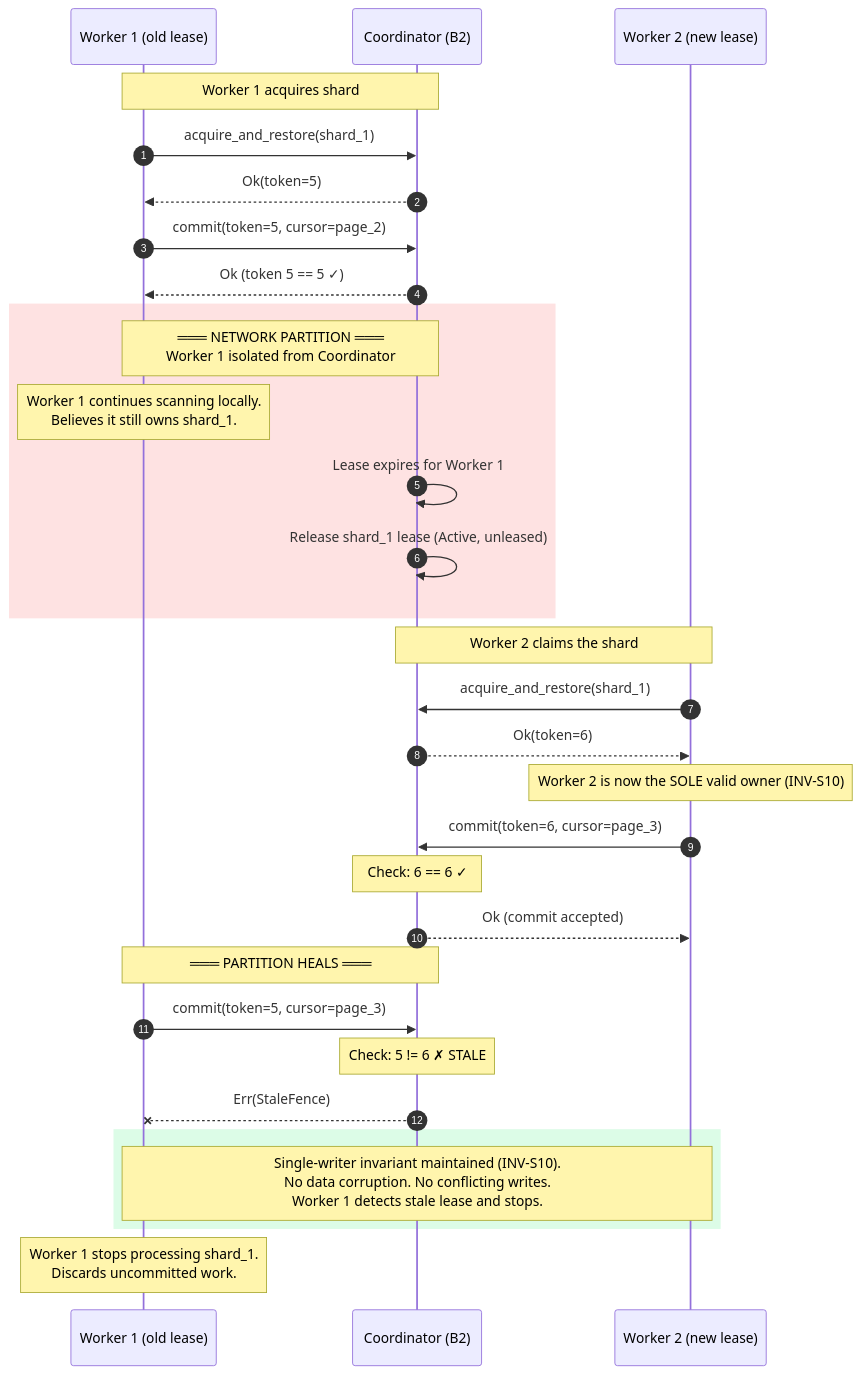
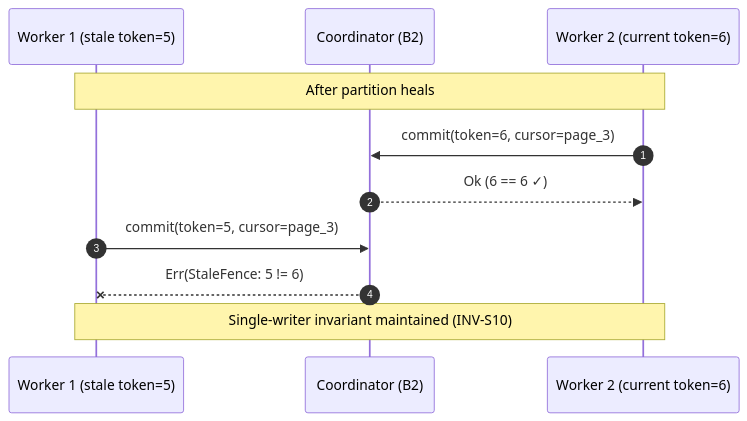
The fifth of 6 diagrams in diagrams/10-failure-modes-and-recovery.md (ahrav/Gossip-rs), drawn with Mermaid before and after one commit. The commit also changed other lines of this file and 11 other files, not shown here.

````diff
--- a/diagrams/10-failure-modes-and-recovery.md
+++ b/diagrams/10-failure-modes-and-recovery.md
@@ -371,46 +371,17 @@
 ```mermaid
 %% Diagram: split-brain-prevention-fencing
 sequenceDiagram
     autonumber
-    participant W1 as Worker 1 (old lease)
+    participant W1 as Worker 1 (stale token=5)
     participant CO as Coordinator (B2)
-    participant W2 as Worker 2 (new lease)
+    participant W2 as Worker 2 (current token=6)
 
-    Note over W1,CO: Worker 1 acquires shard
-    W1->>CO: acquire_and_restore(shard_1)
-    CO-->>W1: Ok(token=5)
-
-    W1->>CO: commit(token=5, cursor=page_2)
-    CO-->>W1: Ok (token 5 == 5 ✓)
-
-    rect rgb(254, 226, 226)
-        Note over W1,CO: ═══ NETWORK PARTITION ═══<br/>Worker 1 isolated from Coordinator
-
-        Note over W1: Worker 1 continues scanning locally.<br/>Believes it still owns shard_1.
-
-        CO->>CO: Lease expires for Worker 1
-        CO->>CO: Release shard_1 lease (Active, unleased)
-    end
-
-    Note over CO,W2: Worker 2 claims the shard
-    W2->>CO: acquire_and_restore(shard_1)
-    CO-->>W2: Ok(token=6)
-
-    Note over W2: Worker 2 is now the SOLE valid owner (INV-S10)
-
+    Note over W1,W2: After partition heals
     W2->>CO: commit(token=6, cursor=page_3)
-    Note over CO: Check: 6 == 6 ✓
-    CO-->>W2: Ok (commit accepted)
-
-    Note over W1,CO: ═══ PARTITION HEALS ═══
+    CO-->>W2: Ok (6 == 6 ✓)
 
     W1->>CO: commit(token=5, cursor=page_3)
-    Note over CO: Check: 5 != 6 ✗ STALE
-    CO--xW1: Err(StaleFence)
+    CO--xW1: Err(StaleFence: 5 != 6)
 
-    rect rgb(220, 252, 231)
-        Note over W1,W2: Single-writer invariant maintained (INV-S10).<br/>No data corruption. No conflicting writes.<br/>Worker 1 detects stale lease and stops.
-    end
-
-    Note over W1: Worker 1 stops processing shard_1.<br/>Discards uncommitted work.
+    Note over W1,W2: Single-writer invariant maintained (INV-S10)
 ```
````
